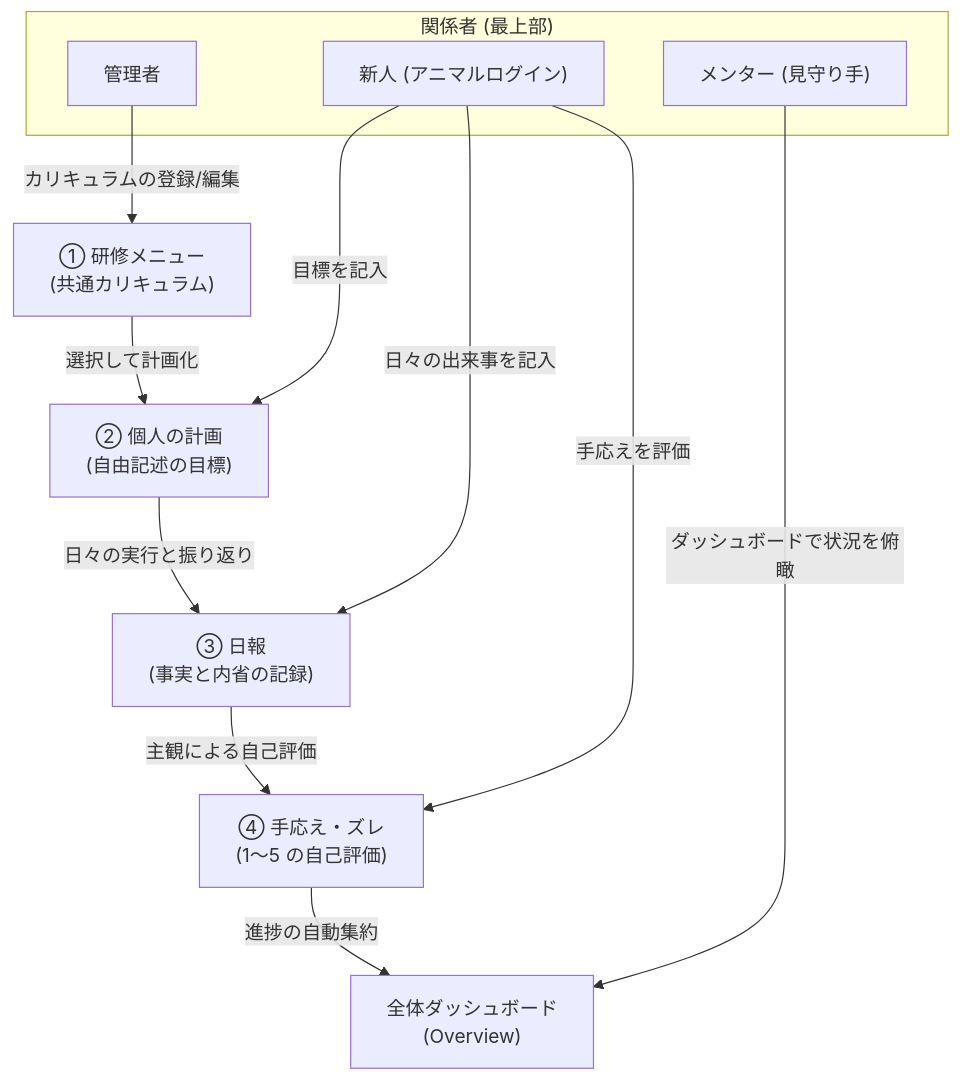
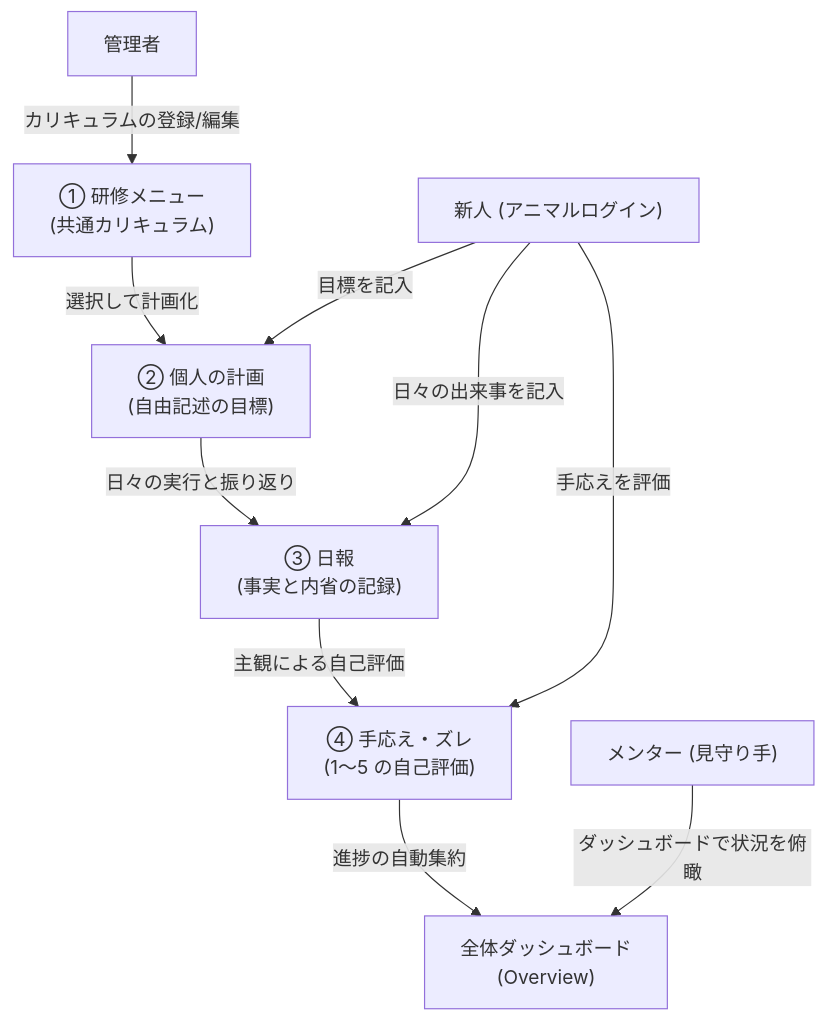
The diagram in README.md (yktsnet/training-scheduler), drawn with Mermaid before and after one commit. The commit also changed 3 other files, not shown here.

````diff
--- a/README.md
+++ b/README.md
@@ -99,24 +99,22 @@
 ```mermaid
 graph TD
-    %% 1. 最上部 (TOP) に関係者を配置
-    subgraph Users ["関係者 (最上部)"]
-        Admin["管理者"]
-        Newcomer["新人 (アニマルログイン)"]
-        Mentor["メンター (見守り手)"]
-    end
+    %% 1. 関係者を配置
+    Admin["管理者"]
+    Newcomer["新人 (アニマルログイン)"]
+    Mentor["メンター (見守り手)"]
 
     %% 2. 下部のデータライフサイクル (左から右への直感的な流れ)
     Menu["① 研修メニュー <br>(共通カリキュラム)"] -->|選択して計画化| Plan["② 個人の計画 <br>(自由記述の目標)"]
     Plan -->|日々の実行と振り返り| Report["③ 日報 <br>(事実と内省の記録)"]
     Report -->|主観による自己評価| Progress["④ 手応え・ズレ <br>(1〜5 の自己評価)"]
     Progress -->|進捗の自動集約| Dashboard["全体ダッシュボード <br>(Overview)"]
 
     %% 3. 関係者からデータフローへのアプローチ (上から下への矢印)
     Admin -->|カリキュラムの登録/編集| Menu
     
     Newcomer -->|目標を記入| Plan
     Newcomer -->|日々の出来事を記入| Report
     Newcomer -->|手応えを評価| Progress
     
     Mentor -->|ダッシュボードで状況を俯瞰| Dashboard
 ```
````
